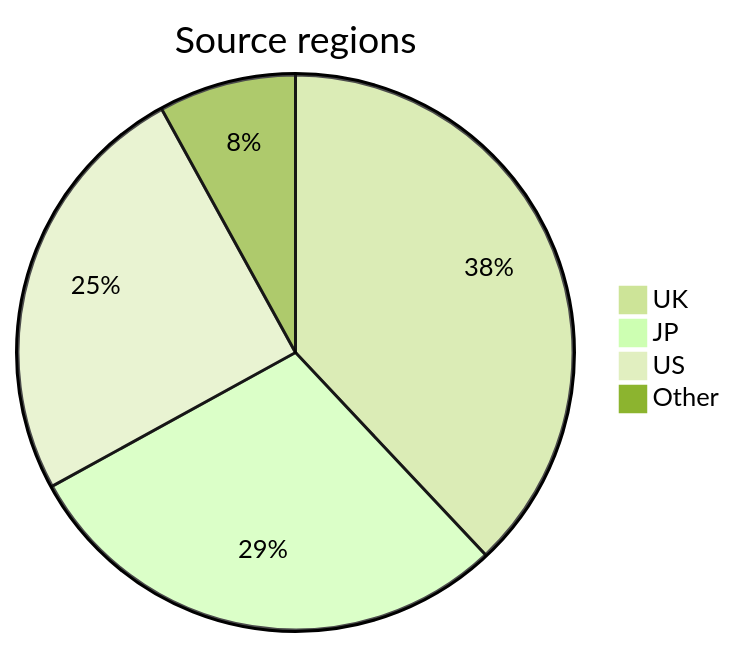
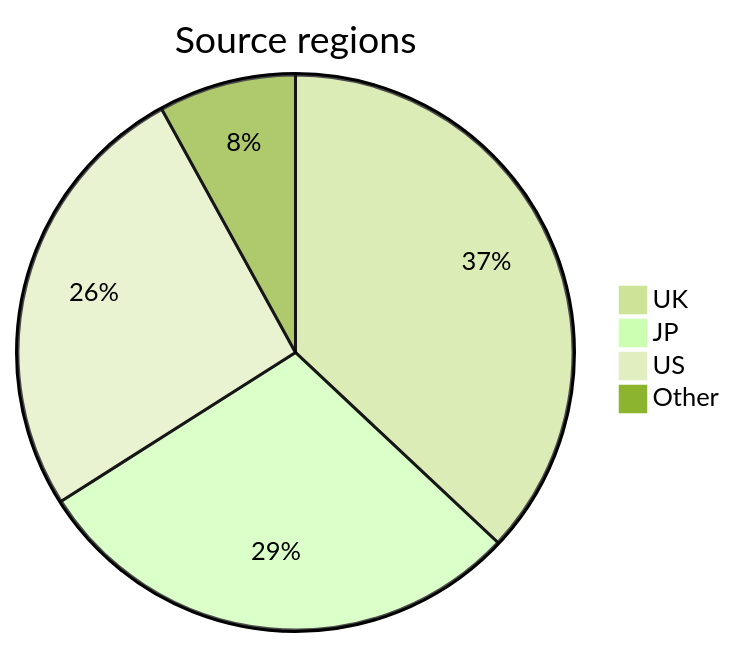
One commit to ace-dent/gbc-hw changed the diagram in gbc-census/docs/notes.md. Above: the diagram before and after it, drawn with Mermaid (forest theme). The commit also changed other lines of this file and 4 other files, not shown here.

````diff
--- a/gbc-census/docs/notes.md
+++ b/gbc-census/docs/notes.md
@@ -47,7 +47,7 @@
 ```mermaid
 pie title Source regions
-    "UK" : 38
+    "UK" : 37
     "JP" : 29
-    "US" : 25
+    "US" : 26
     "Other" : 8
 ```
````
